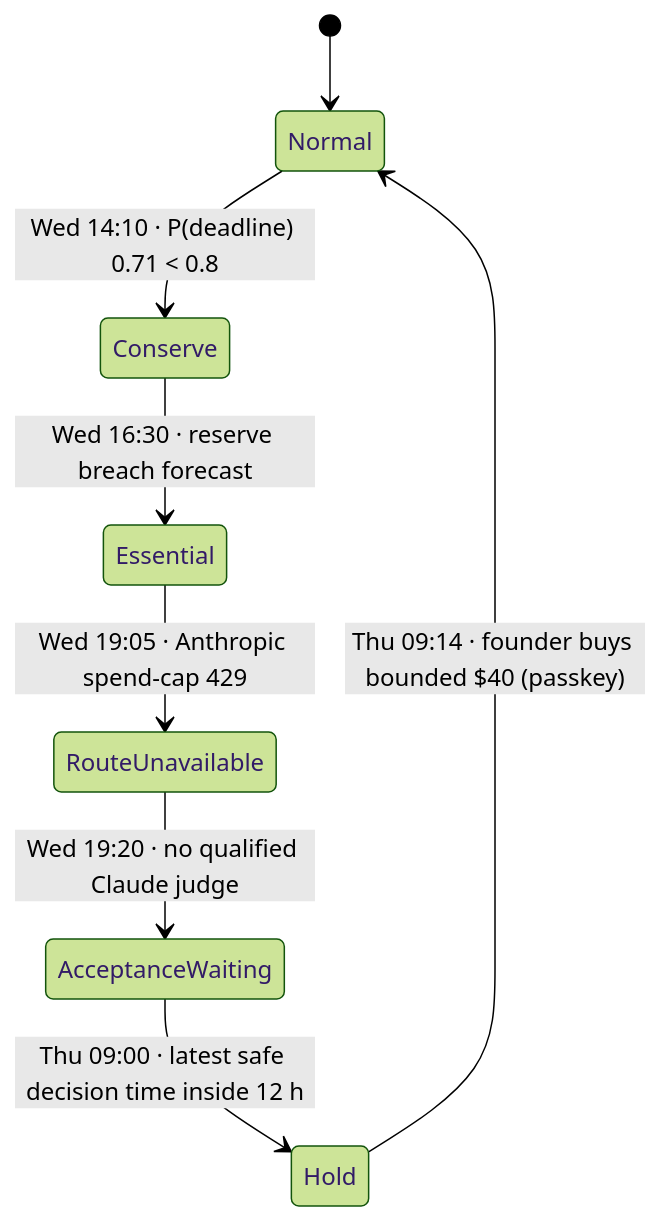
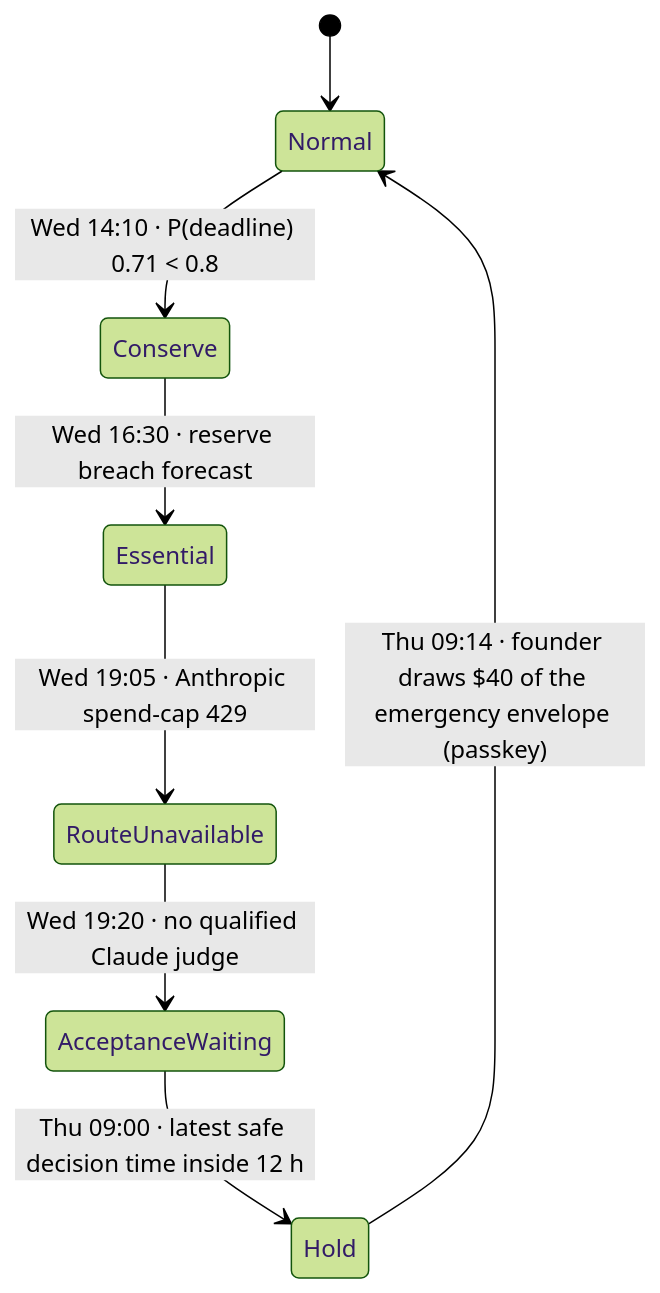
One commit to Adam077K/agentvibe changed the sixth of 10 diagrams in docs/vision-v3/13-WORKED-SCENARIOS.md. Above: the diagram before and after it, drawn with Mermaid (forest theme). The commit also changed other lines of this file and 33 other files, not shown here.

````diff
--- a/docs/vision-v3/13-WORKED-SCENARIOS.md
+++ b/docs/vision-v3/13-WORKED-SCENARIOS.md
@@ -910,10 +959,10 @@
 ```mermaid
 stateDiagram-v2
   [*] --> Normal
   Normal --> Conserve: Wed 14:10 · P(deadline) 0.71 < 0.8
   Conserve --> Essential: Wed 16:30 · reserve breach forecast
   Essential --> RouteUnavailable: Wed 19:05 · Anthropic spend-cap 429
   RouteUnavailable --> AcceptanceWaiting: Wed 19:20 · no qualified Claude judge
   AcceptanceWaiting --> Hold: Thu 09:00 · latest safe decision time inside 12 h
-  Hold --> Normal: Thu 09:14 · founder buys bounded $40 (passkey)
+  Hold --> Normal: Thu 09:14 · founder draws $40 of the emergency envelope (passkey)
 ```
````
